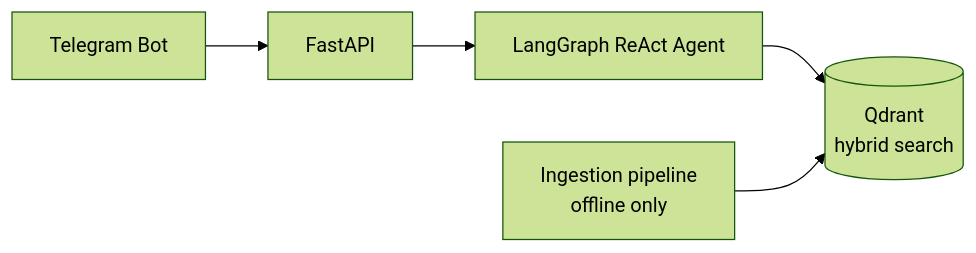
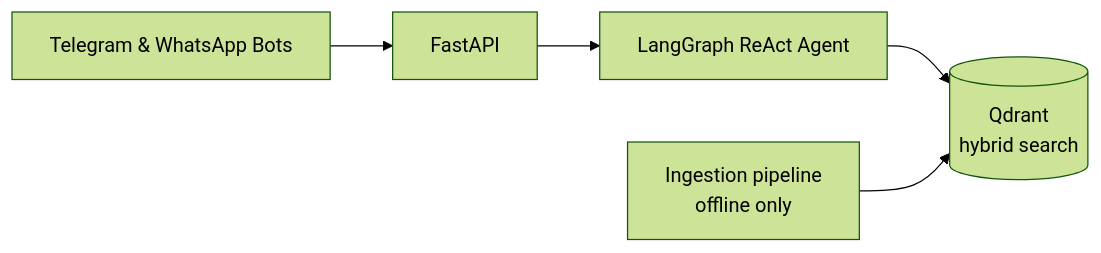
One commit to jooaobrum/habitantes-grenoble-agent changed the diagram in README.md. Above: the diagram before and after it, drawn with Mermaid (forest theme). The commit also changed other lines of this file and 21 other files, not shown here.

First line of the commit message:
feat(whatsapp): add DM-only WhatsApp (Baileys) channel

````diff
--- a/README.md
+++ b/README.md
@@ -9,7 +9,7 @@
 ```mermaid
 flowchart LR
-    TG[Telegram Bot] --> API[FastAPI]
+    TG[Telegram & WhatsApp Bots] --> API[FastAPI]
     API --> Agent[LangGraph ReAct Agent]
     Agent --> DB[(Qdrant<br>hybrid search)]
     Ingest[Ingestion pipeline<br>offline only] --> DB
 ```
````
